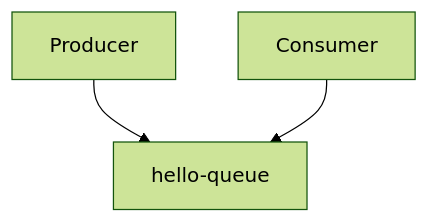
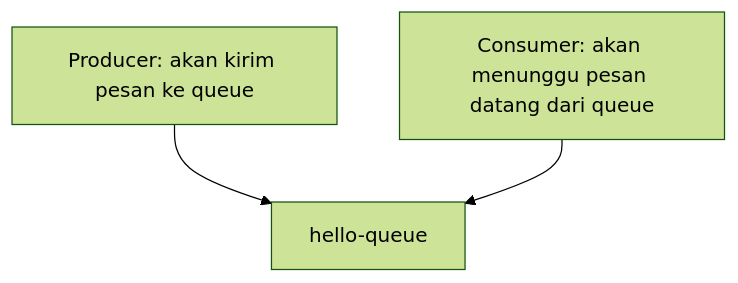
The diagram in tech/programming/rabbitmq/demo-mq/queue/index.md (Keda87/sinau-mempeng), drawn with Mermaid (forest theme) before and after one commit. The commit also changed other lines of this file, not shown here.

Commit message:
Update diagram rabbitmq simple queue

````diff
--- a/tech/programming/rabbitmq/demo-mq/queue/index.md
+++ b/tech/programming/rabbitmq/demo-mq/queue/index.md
@@ -7,5 +8,5 @@
 ```mermaid
 graph TD;
-    Producer-->hello-queue;
-    Consumer-->hello-queue;
+    Producer[Producer: akan kirim pesan ke queue]-->hello-queue;
+    Consumer[Consumer: akan menunggu pesan datang dari queue]-->hello-queue;
 ```
````
